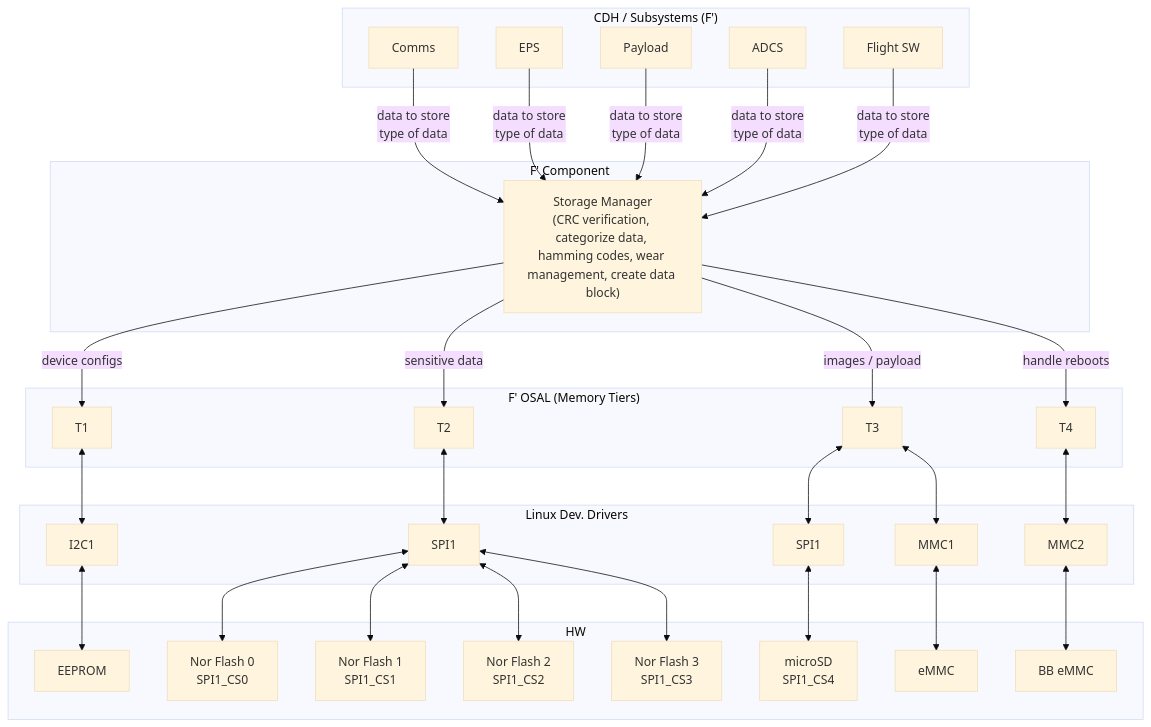
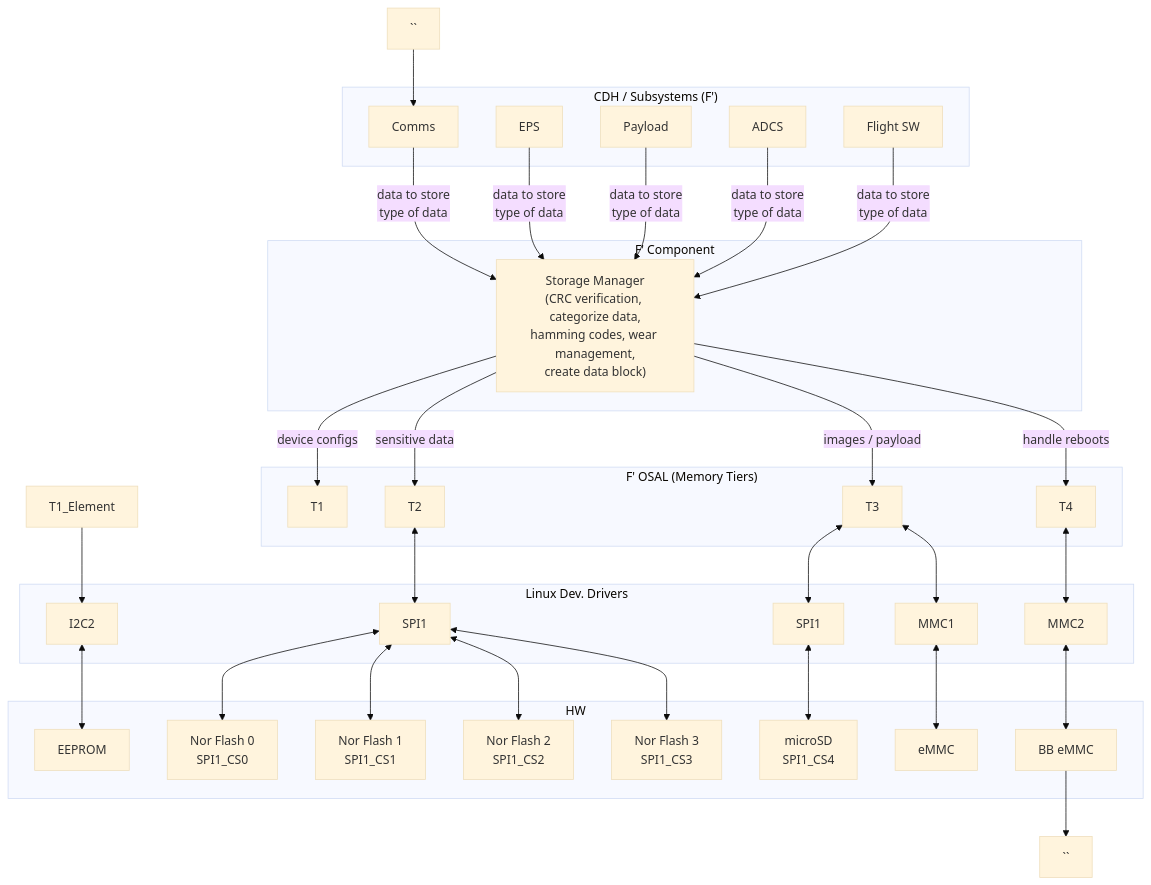
The third of 3 diagrams in docs/Core/FlightComputerMemory.md (UWCubeSat/hs2-software-design), drawn with Mermaid (base theme) before and after one commit. The commit also changed other lines of this file, not shown here.

````diff
--- a/docs/Core/FlightComputerMemory.md
+++ b/docs/Core/FlightComputerMemory.md
@@ -60,70 +59,80 @@
 ```mermaid
 graph TD
+    %% Spacer for centering
+    spacer1[``]
+    
     subgraph CDH_Subsystems ["CDH / Subsystems (F')"]
         Comms[Comms]
         EPS[EPS]
         Payload[Payload]
         ADCS[ADCS]
         FlightSW[Flight SW]
     end
 
     subgraph F_Component ["F' Component"]
-        StorageManager["Storage Manager<br/>(CRC verification, categorize data, hamming codes, wear management, create data block)"]
+        StorageManager["Storage Manager<br/>(CRC verification, categorize data,<br/>hamming codes, wear management,<br/>create data block)"]
     end
 
     subgraph F_OSAL ["F' OSAL (Memory Tiers)"]
         T1_Interface[T1]
         T2_Interface[T2]
         T3_Interface[T3]
         T4_Interface[T4]
     end
 
     subgraph Linux_Drivers ["Linux Dev. Drivers"]
-        I2C[I2C1]
+        I2C[I2C2]
         SPI1[SPI1]
         SPI2[SPI1]
         MMC1[MMC1]
         MMC2[MMC2]
     end
 
     subgraph HW ["HW"]
         EEPROM_HW[EEPROM]
         NOR0_HW[Nor Flash 0<br/>SPI1_CS0]
         NOR1_HW[Nor Flash 1<br/>SPI1_CS1]
         NOR2_HW[Nor Flash 2<br/>SPI1_CS2]
         NOR3_HW[Nor Flash 3<br/>SPI1_CS3]
         microSD_HW[microSD<br/>SPI1_CS4]
         eMMC_HW[eMMC]
         BB_eMMC_HW[BB eMMC]
     end
 
     %% Data Flow - CDH Subsystems to Storage Manager
     Comms -->|data to store<br/>type of data| StorageManager
     EPS -->|data to store<br/>type of data| StorageManager
     Payload -->|data to store<br/>type of data| StorageManager
     ADCS -->|data to store<br/>type of data| StorageManager
     FlightSW -->|data to store<br/>type of data| StorageManager
     
     %% Storage Manager to Tiers
     StorageManager -- "device configs" --> T1_Interface
     StorageManager -- "sensitive data" --> T2_Interface
     StorageManager -- "images / payload" --> T3_Interface
     StorageManager -- "handle reboots" --> T4_Interface
 
     %% Interfaces to Drivers
-    T1_Interface <--> I2C
+    T1_Element --> I2C
     T2_Interface <--> SPI1
     T3_Interface <--> SPI2
     T3_Interface <--> MMC1
     T4_Interface <--> MMC2
 
     %% Drivers to HW
     I2C <--> EEPROM_HW
     SPI1 <--> NOR0_HW
     SPI1 <--> NOR1_HW
     SPI1 <--> NOR2_HW
     SPI1 <--> NOR3_HW
     SPI2 <--> microSD_HW
     MMC1 <--> eMMC_HW
     MMC2 <--> BB_eMMC_HW
+    
+    %% Spacer for balancing
+    spacer2[``]
+    
+    %% Connect spacers to force centering
+    spacer1 --> Comms
+    BB_eMMC_HW --> spacer2
 ```
````
